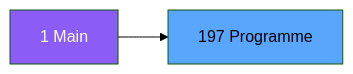
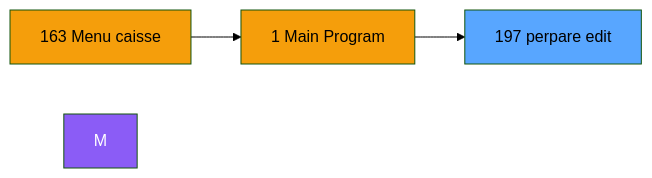
The second of 3 diagrams in .openspec/specs/ADH-IDE-197.md (thonyAGP/magic-migration), drawn with Mermaid (forest theme) before and after one commit. The commit also changed other lines of this file and 323 other files, not shown here.

````diff
--- a/.openspec/specs/ADH-IDE-197.md
+++ b/.openspec/specs/ADH-IDE-197.md
@@ -98,8 +105,12 @@
 ```mermaid
 graph LR
-    M[1 Main]
-    T[197 Programme]
-    M --> T
+    N163[163 Menu caisse ]
+    N1[1 Main Program]
+    T[197 perpare edit]
+    N163 --> N1
+    N1 --> T
     style M fill:#8b5cf6,color:#fff
+    style N163 fill:#f59e0b
+    style N1 fill:#f59e0b
     style T fill:#58a6ff,color:#000
 ```
````
